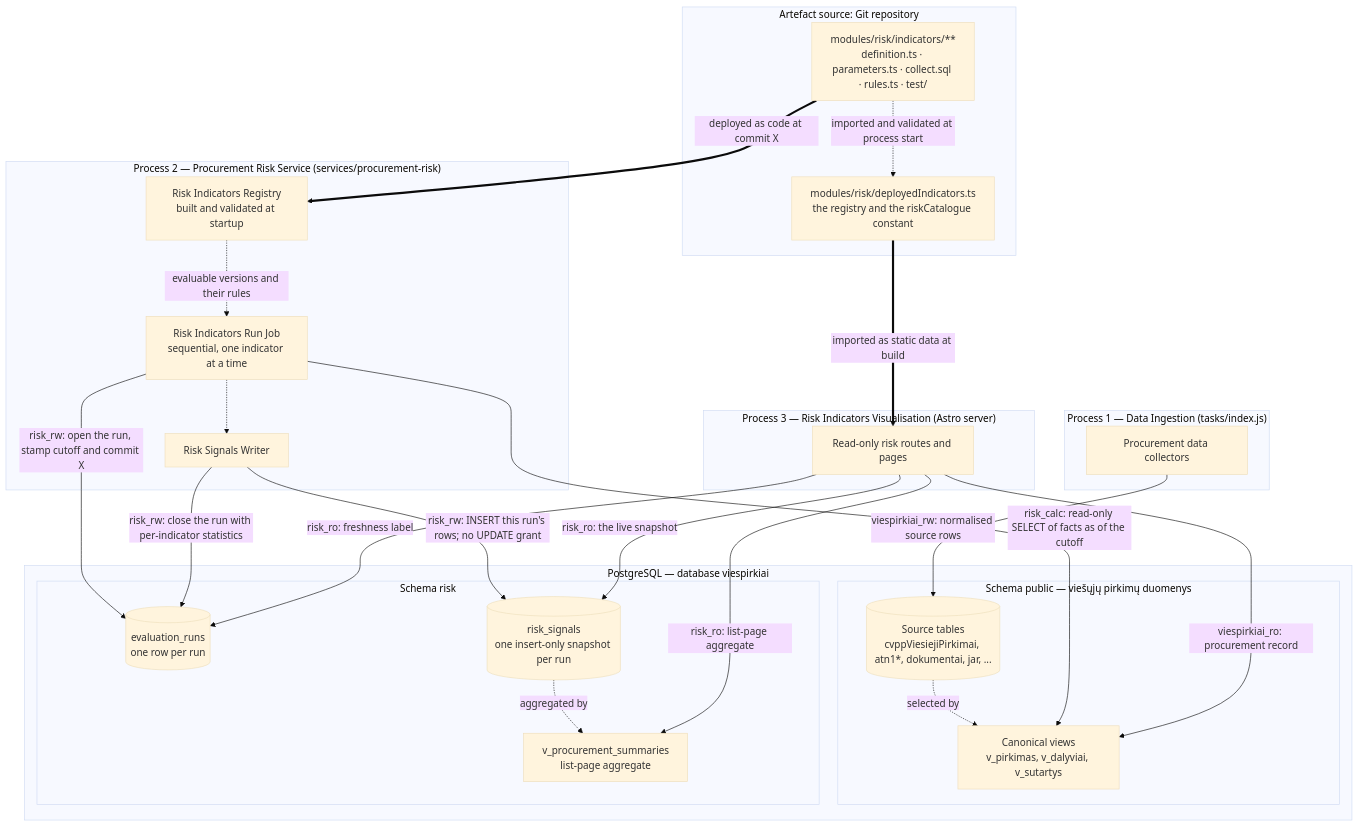
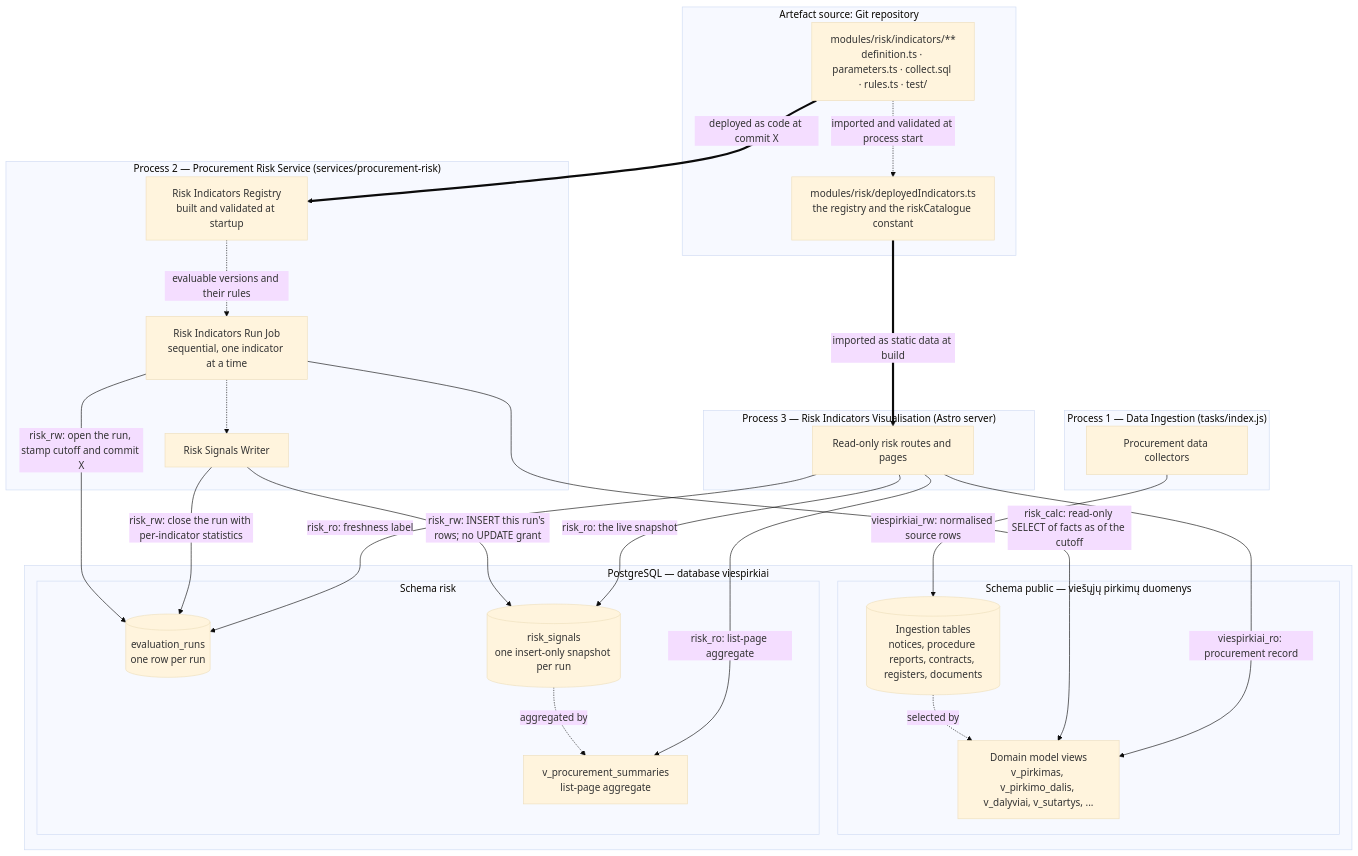
Before and after one commit to Viespirkiu-grupe/viespirkiai: the second of 8 diagrams in docs/indicators-story/risk-service-architecture.md, drawn with Mermaid (base theme). The commit also changed other lines of this file and 9 other files, not shown here.

Commit message:
added missing domain model entities

````diff
--- a/docs/indicators-story/risk-service-architecture.md
+++ b/docs/indicators-story/risk-service-architecture.md
@@ -65,50 +72,50 @@
 ```mermaid
 flowchart TB
     subgraph nGit["Artefact source: Git repository"]
         gDef["modules/risk/indicators/**<br/>definition.ts · parameters.ts · collect.sql · rules.ts · test/"]
         gCat["modules/risk/deployedIndicators.ts<br/>the registry and the riskCatalogue constant"]
         gDef -.->|" imported and validated at process start "| gCat
     end
 
     subgraph pIng["Process 1 — Data Ingestion (tasks/index.js)"]
         pIngest["Procurement data collectors"]
     end
 
     subgraph pRisk["Process 2 — Procurement Risk Service (services/procurement-risk)"]
         pReg["Risk Indicators Registry<br/>built and validated at startup"]
         pJob["Risk Indicators Run Job<br/>sequential, one indicator at a time"]
         pPub["Risk Signals Writer"]
         pReg -.->|" evaluable versions and their rules "| pJob
         pJob -.-> pPub
     end
 
     subgraph pVis["Process 3 — Risk Indicators Visualisation (Astro server)"]
         pWeb["Read-only risk routes and pages"]
     end
 
     subgraph nDb["PostgreSQL — database viespirkiai"]
         subgraph sPublic["Schema public — viešųjų pirkimų duomenys"]
-            dSrc[("Source tables<br/>cvppViesiejiPirkimai, atn1*, dokumentai, jar, ...")]
-            dView["Canonical views<br/>v_pirkimas, v_dalyviai, v_sutartys"]
+            dSrc[("Ingestion tables<br/>notices, procedure reports, contracts, registers, documents")]
+            dView["Domain model views<br/>v_pirkimas, v_pirkimo_dalis, v_dalyviai, v_sutartys, ..."]
             dSrc -.->|" selected by "| dView
         end
         subgraph sRisk["Schema risk"]
             dRun[("evaluation_runs<br/>one row per run")]
             dSig[("risk_signals<br/>one insert-only snapshot per run")]
             dSum["v_procurement_summaries<br/>list-page aggregate"]
             dSig -.->|" aggregated by "| dSum
         end
     end
 
     gDef ==>|" deployed as code at commit X "| pReg
     gCat ==>|" imported as static data at build "| pWeb
     pIngest -->|" viespirkiai_rw: normalised source rows "| dSrc
     pJob -->|" risk_rw: open the run, stamp cutoff and commit X "| dRun
     pJob -->|" risk_calc: read-only SELECT of facts as of the cutoff "| dView
     pPub -->|" risk_rw: INSERT this run's rows; no UPDATE grant "| dSig
     pPub -->|" risk_rw: close the run with per-indicator statistics "| dRun
     pWeb -->|" risk_ro: the live snapshot "| dSig
     pWeb -->|" risk_ro: list-page aggregate "| dSum
     pWeb -->|" risk_ro: freshness label "| dRun
     pWeb -->|" viespirkiai_ro: procurement record "| dView
 ```
````
